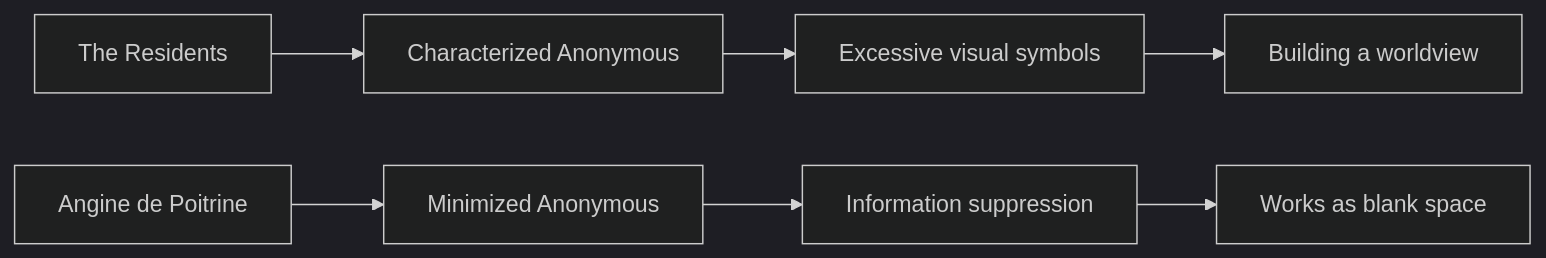
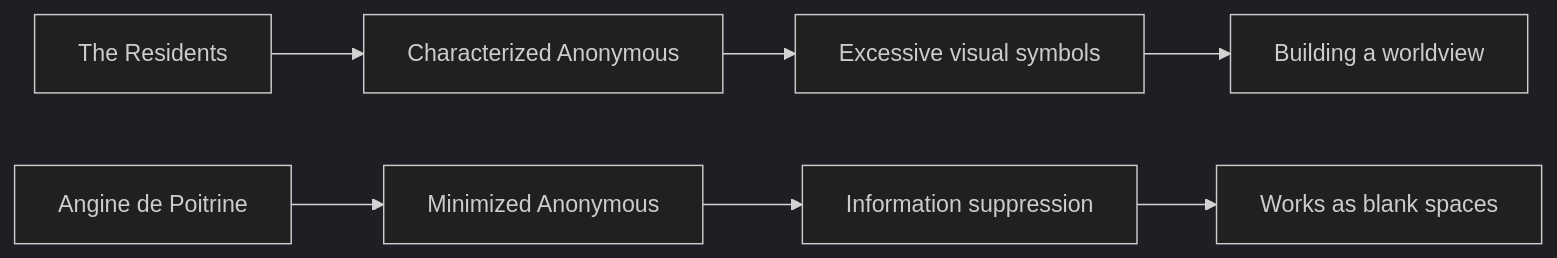
The fifth of 17 diagrams in en/_posts/2026-07-06-column-angine-de-poitrine-the-residents.md (monumental-movement/monumental-movement.github.io), drawn with Mermaid (dark theme) before and after one commit. The commit also changed other lines of this file and 657 other files, not shown here.

```diff
--- a/en/_posts/2026-07-06-column-angine-de-poitrine-the-residents.md
+++ b/en/_posts/2026-07-06-column-angine-de-poitrine-the-residents.md
@@ -618,16 +618,16 @@
 <div class="mermaid">
 flowchart LR
 
 A["The Residents"]
 B["Characterized Anonymous"]
 C["Excessive visual symbols"]
 D["Building a worldview"]
 
 E["Angine de Poitrine"]
 F["Minimized Anonymous"]
 G["Information suppression"]
-H["Works as blank space"]
+H["Works as blank spaces"]
 
 A --> B --> C --> D
 E --> F --> G --> H
 </div>
```
